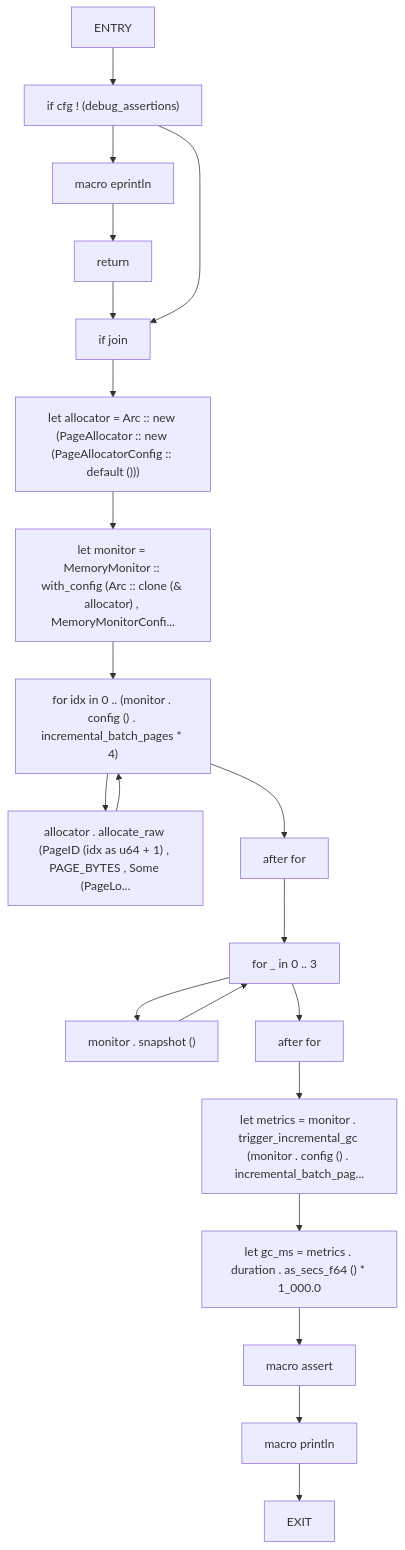
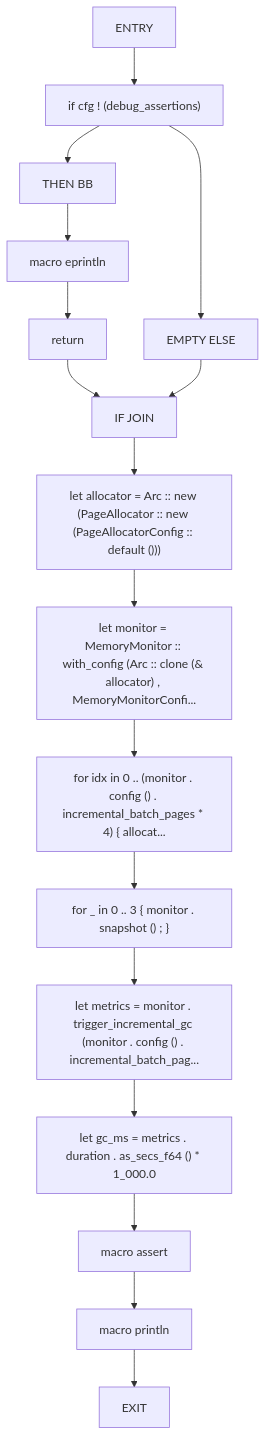
One commit to cicero-violate/MMSB changed diagram 13 of 52 in docs/analysis/cfg/100-tests.md. Above: the diagram before and after it, drawn with Mermaid. The commit also changed other lines of this file and 865 other files, not shown here.

````diff
--- a/docs/analysis/cfg/100-tests.md
+++ b/docs/analysis/cfg/100-tests.md
@@ -337,41 +271,35 @@
 ```mermaid
 flowchart TD
     incremental_gc_latency_stays_within_budget_0["ENTRY"]
     incremental_gc_latency_stays_within_budget_1["if cfg ! (debug_assertions)"]
-    incremental_gc_latency_stays_within_budget_2["macro eprintln"]
-    incremental_gc_latency_stays_within_budget_3["return"]
-    incremental_gc_latency_stays_within_budget_4["if join"]
-    incremental_gc_latency_stays_within_budget_5["let allocator = Arc :: new (PageAllocator :: new (PageAllocatorConfig :: default ()))"]
-    incremental_gc_latency_stays_within_budget_6["let monitor = MemoryMonitor :: with_config (Arc :: clone (& allocator) , MemoryMonitorConfi..."]
-    incremental_gc_latency_stays_within_budget_7["for idx in 0 .. (monitor . config () . incremental_batch_pages * 4)"]
-    incremental_gc_latency_stays_within_budget_8["allocator . allocate_raw (PageID (idx as u64 + 1) , PAGE_BYTES , Some (PageLo..."]
-    incremental_gc_latency_stays_within_budget_9["after for"]
-    incremental_gc_latency_stays_within_budget_10["for _ in 0 .. 3"]
-    incremental_gc_latency_stays_within_budget_11["monitor . snapshot ()"]
-    incremental_gc_latency_stays_within_budget_12["after for"]
-    incremental_gc_latency_stays_within_budget_13["let metrics = monitor . trigger_incremental_gc (monitor . config () . incremental_batch_pag..."]
-    incremental_gc_latency_stays_within_budget_14["let gc_ms = metrics . duration . as_secs_f64 () * 1_000.0"]
-    incremental_gc_latency_stays_within_budget_15["macro assert"]
-    incremental_gc_latency_stays_within_budget_16["macro println"]
-    incremental_gc_latency_stays_within_budget_17["EXIT"]
+    incremental_gc_latency_stays_within_budget_2["THEN BB"]
+    incremental_gc_latency_stays_within_budget_3["macro eprintln"]
+    incremental_gc_latency_stays_within_budget_4["return"]
+    incremental_gc_latency_stays_within_budget_5["EMPTY ELSE"]
+    incremental_gc_latency_stays_within_budget_6["IF JOIN"]
+    incremental_gc_latency_stays_within_budget_7["let allocator = Arc :: new (PageAllocator :: new (PageAllocatorConfig :: default ()))"]
+    incremental_gc_latency_stays_within_budget_8["let monitor = MemoryMonitor :: with_config (Arc :: clone (& allocator) , MemoryMonitorConfi..."]
+    incremental_gc_latency_stays_within_budget_9["for idx in 0 .. (monitor . config () . incremental_batch_pages * 4) { allocat..."]
+    incremental_gc_latency_stays_within_budget_10["for _ in 0 .. 3 { monitor . snapshot () ; }"]
+    incremental_gc_latency_stays_within_budget_11["let metrics = monitor . trigger_incremental_gc (monitor . config () . incremental_batch_pag..."]
+    incremental_gc_latency_stays_within_budget_12["let gc_ms = metrics . duration . as_secs_f64 () * 1_000.0"]
+    incremental_gc_latency_stays_within_budget_13["macro assert"]
+    incremental_gc_latency_stays_within_budget_14["macro println"]
+    incremental_gc_latency_stays_within_budget_15["EXIT"]
     incremental_gc_latency_stays_within_budget_0 --> incremental_gc_latency_stays_within_budget_1
     incremental_gc_latency_stays_within_budget_1 --> incremental_gc_latency_stays_within_budget_2
     incremental_gc_latency_stays_within_budget_2 --> incremental_gc_latency_stays_within_budget_3
     incremental_gc_latency_stays_within_budget_3 --> incremental_gc_latency_stays_within_budget_4
-    incremental_gc_latency_stays_within_budget_1 --> incremental_gc_latency_stays_within_budget_4
-    incremental_gc_latency_stays_within_budget_4 --> incremental_gc_latency_stays_within_budget_5
+    incremental_gc_latency_stays_within_budget_1 --> incremental_gc_latency_stays_within_budget_5
+    incremental_gc_latency_stays_within_budget_4 --> incremental_gc_latency_stays_within_budget_6
     incremental_gc_latency_stays_within_budget_5 --> incremental_gc_latency_stays_within_budget_6
     incremental_gc_latency_stays_within_budget_6 --> incremental_gc_latency_stays_within_budget_7
     incremental_gc_latency_stays_within_budget_7 --> incremental_gc_latency_stays_within_budget_8
-    incremental_gc_latency_stays_within_budget_8 --> incremental_gc_latency_stays_within_budget_7
-    incremental_gc_latency_stays_within_budget_7 --> incremental_gc_latency_stays_within_budget_9
+    incremental_gc_latency_stays_within_budget_8 --> incremental_gc_latency_stays_within_budget_9
     incremental_gc_latency_stays_within_budget_9 --> incremental_gc_latency_stays_within_budget_10
     incremental_gc_latency_stays_within_budget_10 --> incremental_gc_latency_stays_within_budget_11
-    incremental_gc_latency_stays_within_budget_11 --> incremental_gc_latency_stays_within_budget_10
-    incremental_gc_latency_stays_within_budget_10 --> incremental_gc_latency_stays_within_budget_12
+    incremental_gc_latency_stays_within_budget_11 --> incremental_gc_latency_stays_within_budget_12
     incremental_gc_latency_stays_within_budget_12 --> incremental_gc_latency_stays_within_budget_13
     incremental_gc_latency_stays_within_budget_13 --> incremental_gc_latency_stays_within_budget_14
     incremental_gc_latency_stays_within_budget_14 --> incremental_gc_latency_stays_within_budget_15
-    incremental_gc_latency_stays_within_budget_15 --> incremental_gc_latency_stays_within_budget_16
-    incremental_gc_latency_stays_within_budget_16 --> incremental_gc_latency_stays_within_budget_17
 ```
````
